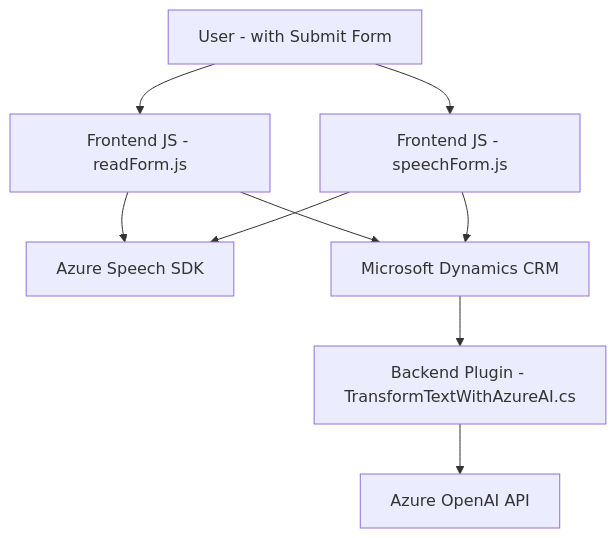
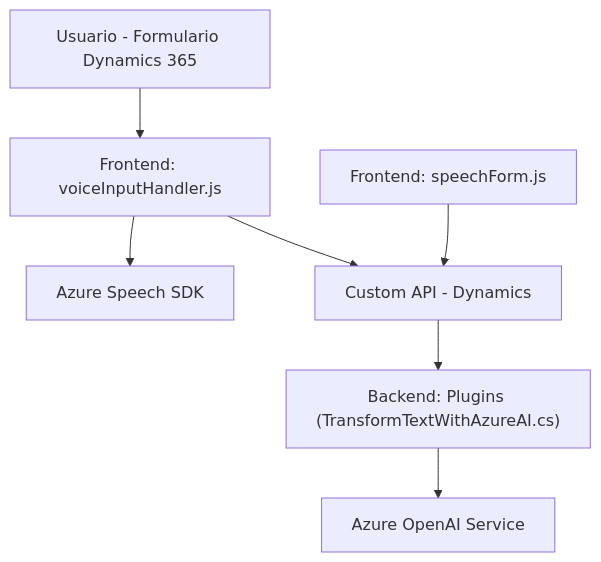
Before and after one commit to blopezdm/NETCORE_BILBAO2025: the diagram in README.md, drawn with Mermaid. The commit also changed other lines of this file, not shown here.

````diff
--- a/README.md
+++ b/README.md
@@ -39,19 +43,17 @@
 ```mermaid
 graph TD
-    A["User - with Submit Form"]
-    B["Frontend JS - readForm.js"]
-    C["Frontend JS - speechForm.js"]
+    A["Usuario - Formulario Dynamics 365"]
+    B["Frontend: voiceInputHandler.js"]
+    C["Frontend: speechForm.js"]
     D["Azure Speech SDK"]
-    E["Backend Plugin - TransformTextWithAzureAI.cs"]
-    F["Microsoft Dynamics CRM"]
-    G["Azure OpenAI API"]
+    E["Custom API - Dynamics"]
+    F["Backend: Plugins (TransformTextWithAzureAI.cs)"]
+    G["Azure OpenAI Service"]
 
     A --> B
-    A --> C
     B --> D
-    C --> D
-    B --> F
-    C --> F
-    F --> E
-    E --> G
+    B --> E
+    C --> E
+    E --> F
+    F --> G
 ```
````
